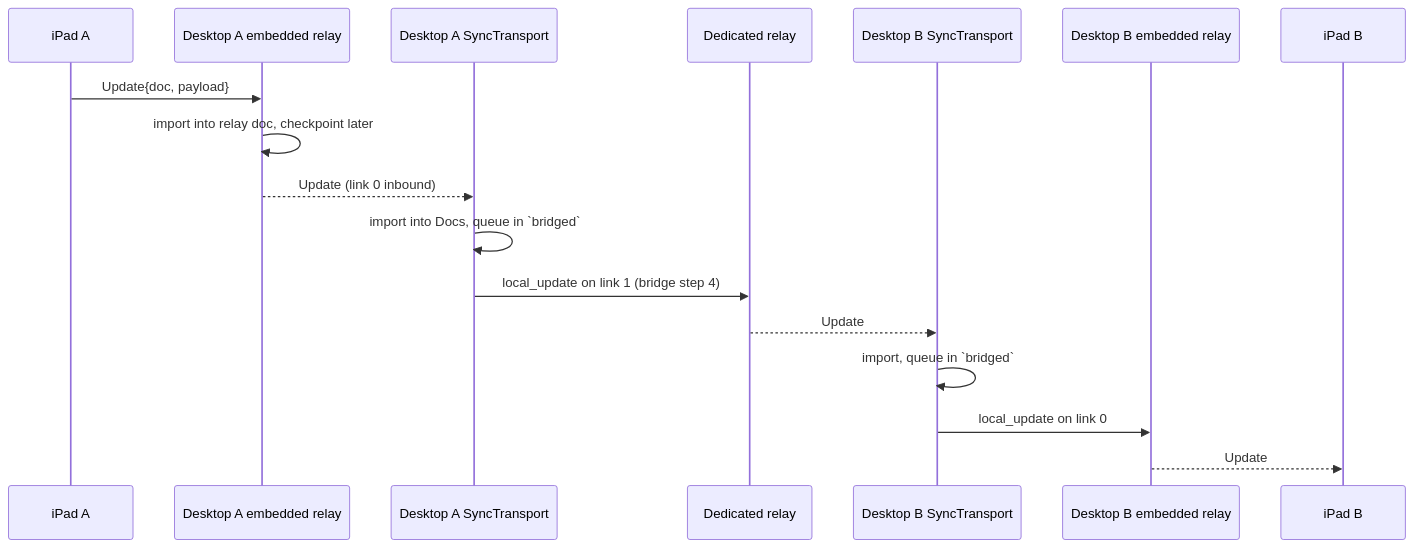
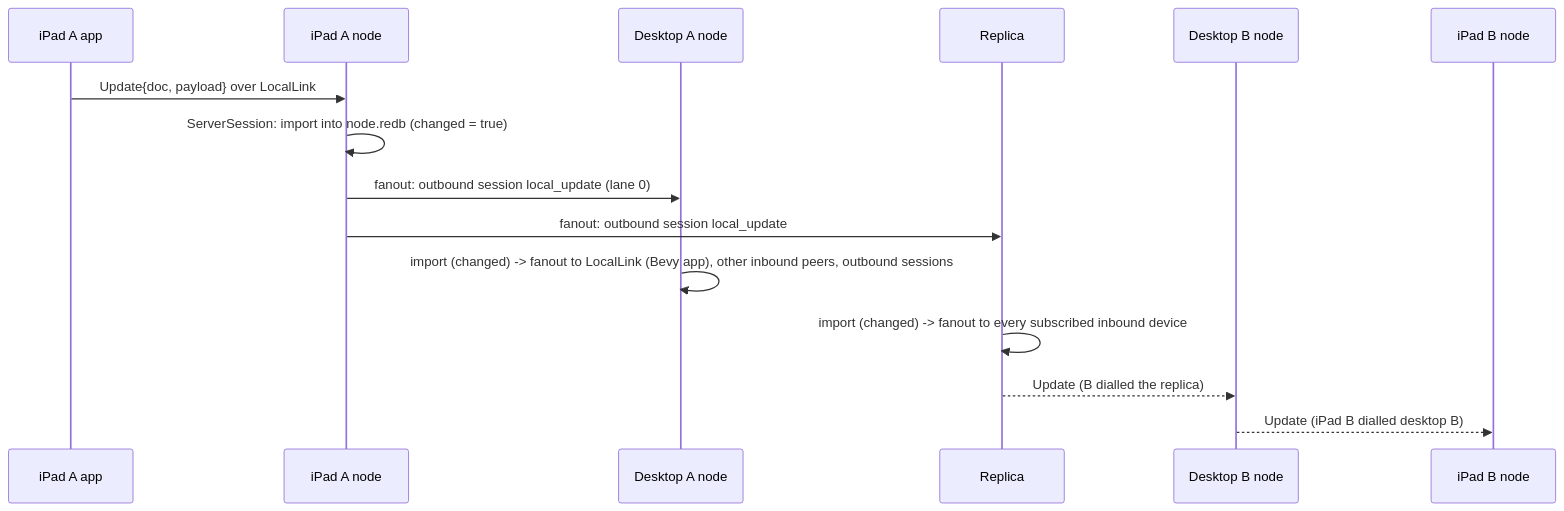
Before and after one commit to uttarayan21/krabink: the third of 4 diagrams in docs/architecture.md, drawn with Mermaid. The commit also changed other lines of this file and 65 other files, not shown here.

````diff
--- a/docs/architecture.md
+++ b/docs/architecture.md
@@ -91,20 +140,18 @@
 ```mermaid
 sequenceDiagram
-    participant IA as iPad A
-    participant RA as Desktop A embedded relay
-    participant SA as Desktop A SyncTransport
-    participant DR as Dedicated relay
-    participant SB as Desktop B SyncTransport
-    participant RB as Desktop B embedded relay
-    participant IB as iPad B
+    participant IA as iPad A app
+    participant NA as iPad A node
+    participant ND as Desktop A node
+    participant NR as Replica
+    participant NB as Desktop B node
+    participant IB as iPad B node
 
-    IA->>RA: Update{doc, payload}
-    RA->>RA: import into relay doc, checkpoint later
-    RA-->>SA: Update (link 0 inbound)
-    SA->>SA: import into Docs, queue in `bridged`
-    SA->>DR: local_update on link 1 (bridge step 4)
-    DR-->>SB: Update
-    SB->>SB: import, queue in `bridged`
-    SB->>RB: local_update on link 0
-    RB-->>IB: Update
+    IA->>NA: Update{doc, payload} over LocalLink
+    NA->>NA: ServerSession: import into node.redb (changed = true)
+    NA->>ND: fanout: outbound session local_update (lane 0)
+    NA->>NR: fanout: outbound session local_update
+    ND->>ND: import (changed) -> fanout to LocalLink (Bevy app), other inbound peers, outbound sessions
+    NR->>NR: import (changed) -> fanout to every subscribed inbound device
+    NR-->>NB: Update (B dialled the replica)
+    NB-->>IB: Update (iPad B dialled desktop B)
 ```
````
